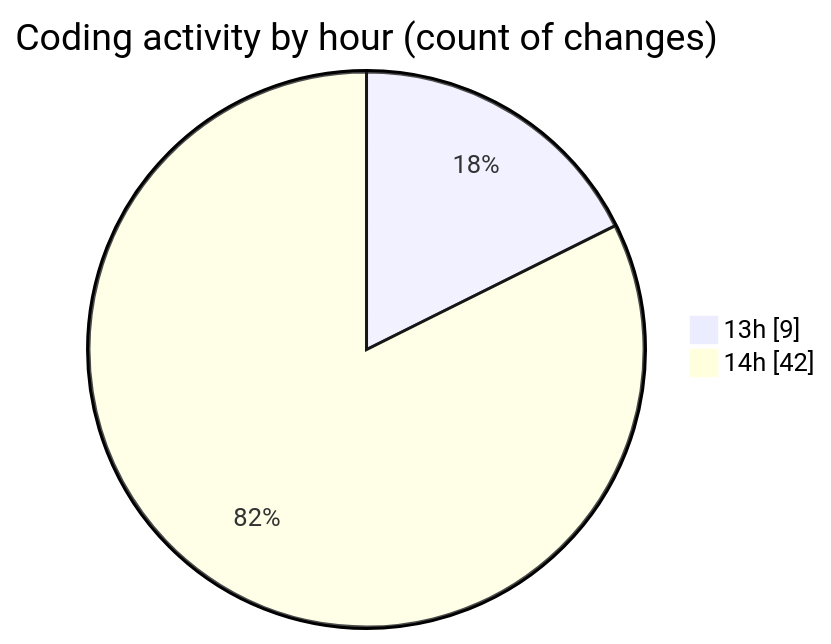
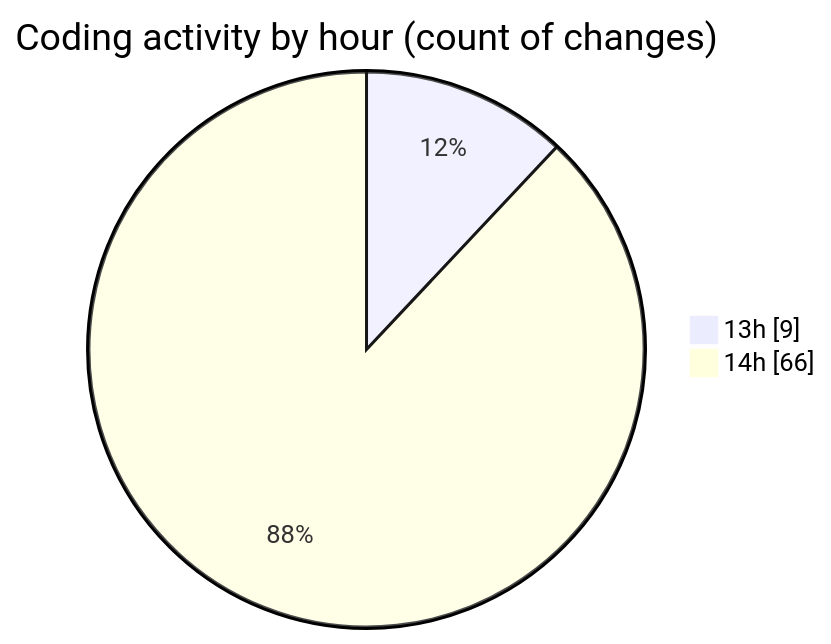
Before and after one commit to lephambinh05/code-tracking: the second of 2 diagrams in 2025-08-18/nextui-dashboard-template/README.md, drawn with Mermaid. The commit also changed other lines of this file and 1 other file, not shown here.

````diff
--- a/2025-08-18/nextui-dashboard-template/README.md
+++ b/2025-08-18/nextui-dashboard-template/README.md
@@ -54,6 +54,6 @@
 ```mermaid
 pie showData
 title Coding activity by hour (count of changes)
 "13h" : 9
-"14h" : 42
+"14h" : 66
 ```
````
